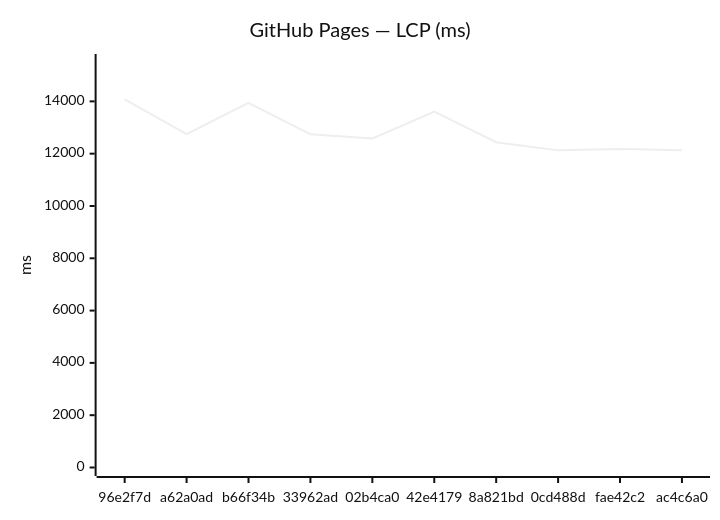
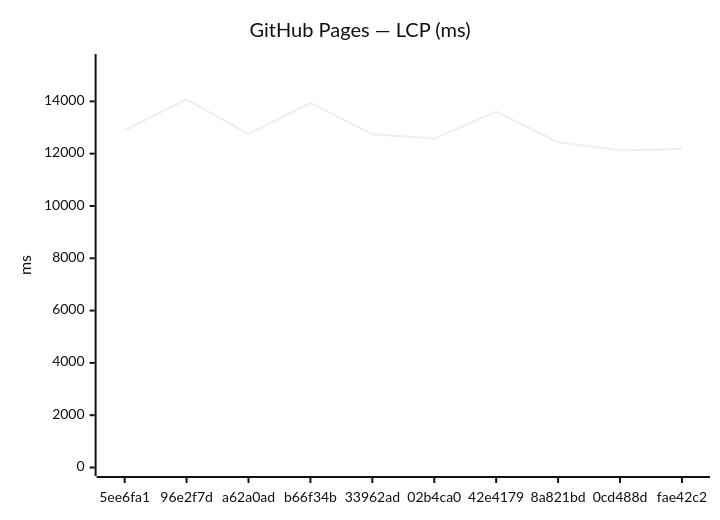
The third of 18 diagrams in benchmarks/compare.md (Metaheurist/Rianell), drawn with Mermaid (neutral theme) before and after one commit. The commit also changed other lines of this file and 11 other files, not shown here.

````diff
--- a/benchmarks/compare.md
+++ b/benchmarks/compare.md
@@ -54,7 +54,7 @@
 ```mermaid
 xychart-beta
     title "GitHub Pages — LCP (ms)"
-    x-axis ["96e2f7d", "a62a0ad", "b66f34b", "33962ad", "02b4ca0", "42e4179", "8a821bd", "0cd488d", "fae42c2", "ac4c6a0"]
+    x-axis ["5ee6fa1", "96e2f7d", "a62a0ad", "b66f34b", "33962ad", "02b4ca0", "42e4179", "8a821bd", "0cd488d", "fae42c2"]
     y-axis "ms" 0 --> 15486
-    line [14078, 12749, 13943, 12738, 12578, 13605, 12438, 12126, 12180, 12127]
+    line [12895, 14078, 12749, 13943, 12738, 12578, 13605, 12438, 12126, 12180]
 ```
````
